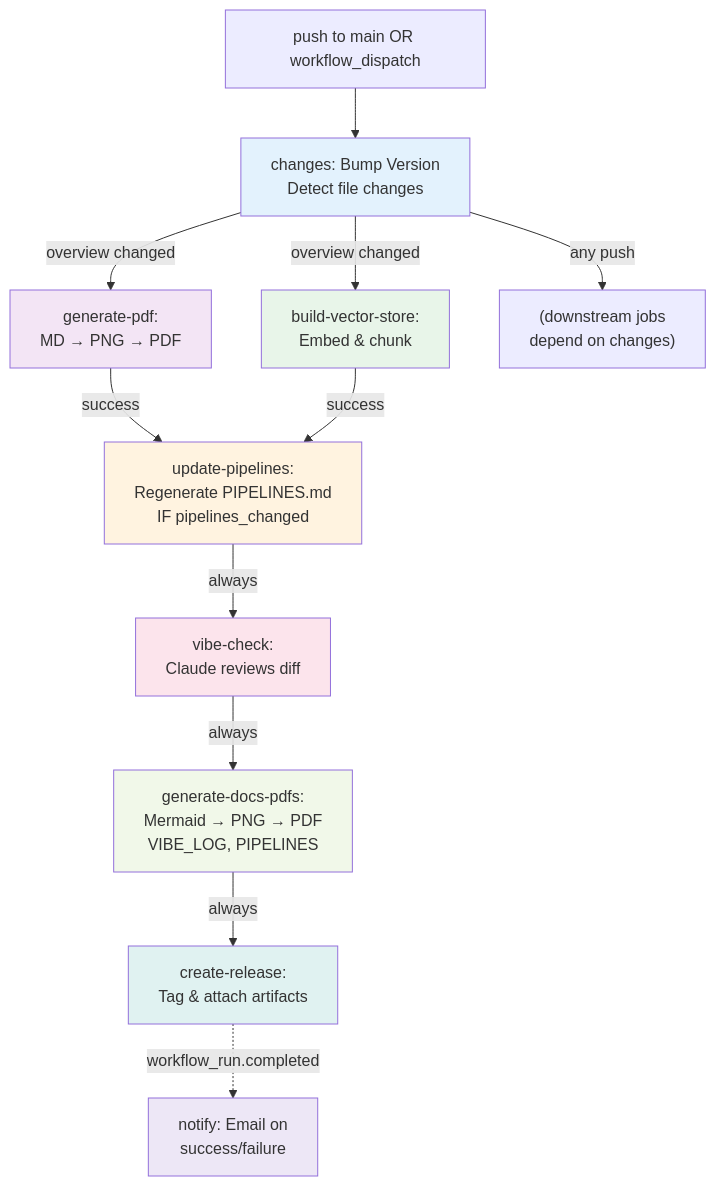
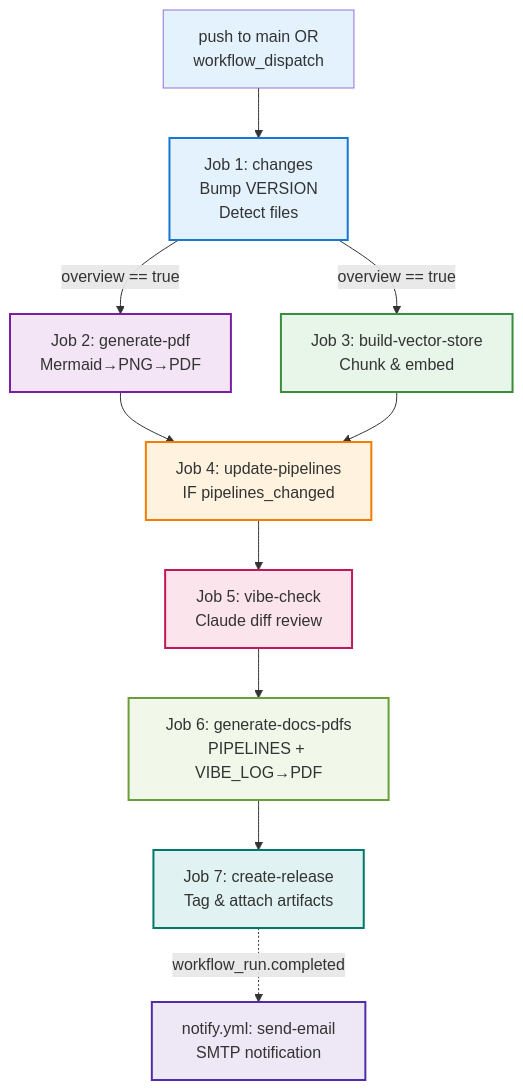
Before and after one commit to Cartoniol/project-propz: the diagram in PIPELINES.md, drawn with Mermaid. The commit also changed other lines of this file, not shown here.

Commit message:
docs(pipelines): auto-update PIPELINES.md [skip ci]

````diff
--- a/PIPELINES.md
+++ b/PIPELINES.md
@@ -27,28 +113,28 @@
 ```mermaid
 graph TD
-    A["push to main OR workflow_dispatch"] --> B["changes: Bump Version<br/>Detect file changes"]
+    A["push to main OR<br/>workflow_dispatch"] --> B["Job 1: changes<br/>Bump VERSION<br/>Detect files"]
     
-    B -->|"overview changed"| C["generate-pdf:<br/>MD → PNG → PDF"]
-    B -->|"overview changed"| D["build-vector-store:<br/>Embed & chunk"]
-    B -->|"any push"| E["(downstream jobs<br/>depend on changes)"]
+    B -->|"overview == true"| C["Job 2: generate-pdf<br/>Mermaid→PNG→PDF"]
+    B -->|"overview == true"| D["Job 3: build-vector-store<br/>Chunk & embed"]
     
-    C -->|"success"| F["update-pipelines:<br/>Regenerate PIPELINES.md<br/>IF pipelines_changed"]
-    D -->|"success"| F
+    C --> E["Job 4: update-pipelines<br/>IF pipelines_changed"]
+    D --> E
     
-    F -->|"always"| G["vibe-check:<br/>Claude reviews diff"]
+    E --> F["Job 5: vibe-check<br/>Claude diff review"]
     
-    G -->|"always"| H["generate-docs-pdfs:<br/>Mermaid → PNG → PDF<br/>VIBE_LOG, PIPELINES"]
+    F --> G["Job 6: generate-docs-pdfs<br/>PIPELINES + VIBE_LOG→PDF"]
     
-    H -->|"always"| I["create-release:<br/>Tag & attach artifacts"]
+    G --> H["Job 7: create-release<br/>Tag & attach artifacts"]
     
-    I -.->|"workflow_run.completed"| J["notify: Email on<br/>success/failure"]
+    H -.->|"workflow_run.completed"| I["notify.yml: send-email<br/>SMTP notification"]
     
-    style B fill:#e3f2fd
-    style C fill:#f3e5f5
-    style D fill:#e8f5e9
-    style F fill:#fff3e0
-    style G fill:#fce4ec
-    style H fill:#f1f8e9
-    style I fill:#e0f2f1
-    style J fill:#ede7f6
+    style A fill:#e3f2fd
+    style B fill:#e3f2fd,stroke:#1976d2,stroke-width:2px
+    style C fill:#f3e5f5,stroke:#7b1fa2,stroke-width:2px
+    style D fill:#e8f5e9,stroke:#388e3c,stroke-width:2px
+    style E fill:#fff3e0,stroke:#f57c00,stroke-width:2px
+    style F fill:#fce4ec,stroke:#c2185b,stroke-width:2px
+    style G fill:#f1f8e9,stroke:#689f38,stroke-width:2px
+    style H fill:#e0f2f1,stroke:#00796b,stroke-width:2px
+    style I fill:#ede7f6,stroke:#512da8,stroke-width:2px
 ```
````
